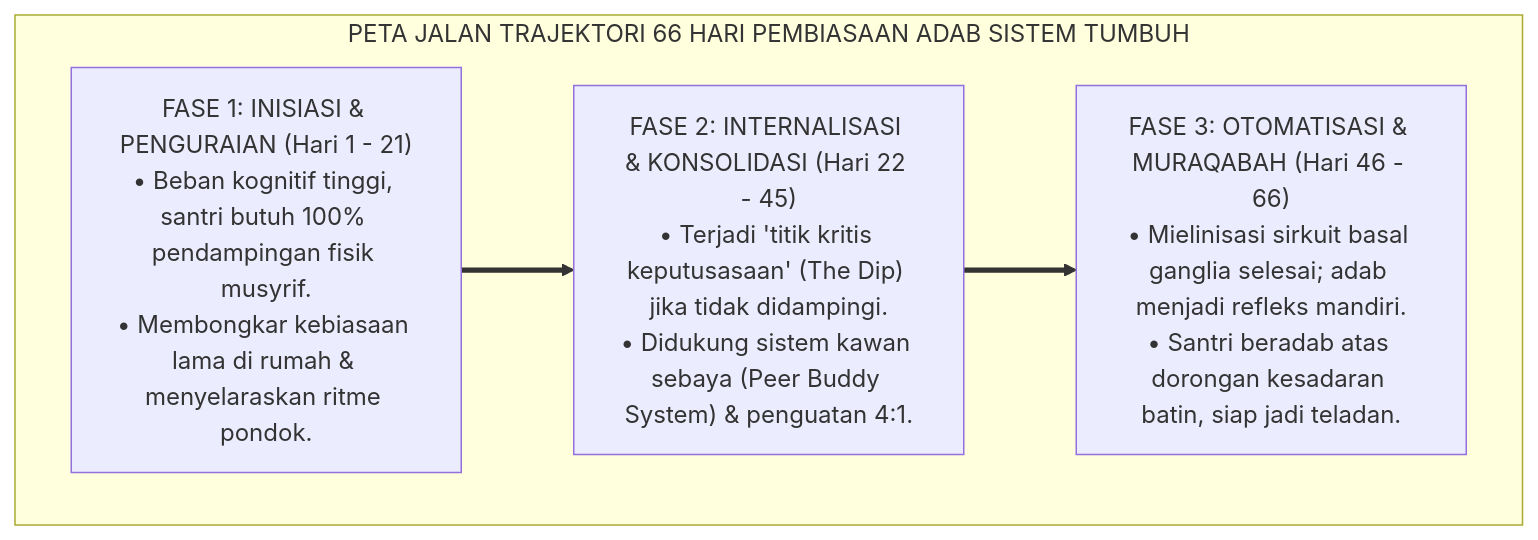
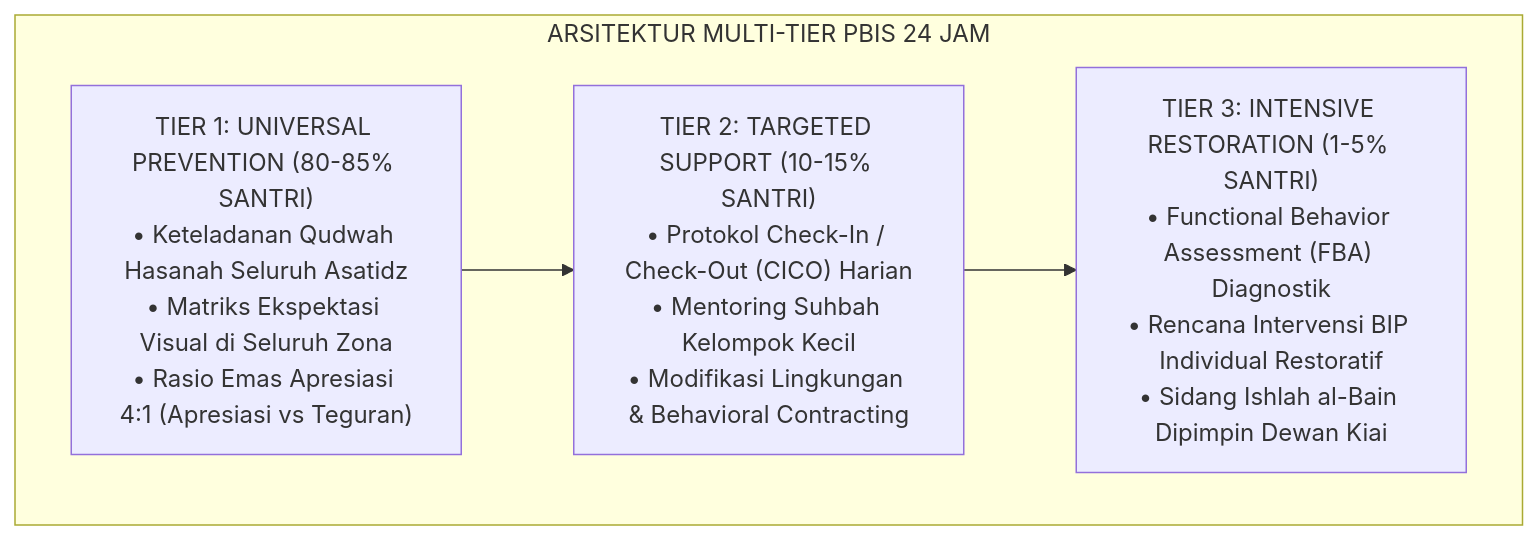
One commit to wandiapriliyandi/tumbuh changed the diagram in BOOK-SERIES/Volume-01/Bab-03-Epistemologi-Integratif-Turats-dan-Neurosains/03-Siklus-Habit-Loop-66-Hari.md. Above: the diagram before and after it, drawn with Mermaid. The commit also changed other lines of this file and 188 other files, not shown here.

````diff
--- a/BOOK-SERIES/Volume-01/Bab-03-Epistemologi-Integratif-Turats-dan-Neurosains/03-Siklus-Habit-Loop-66-Hari.md
+++ b/BOOK-SERIES/Volume-01/Bab-03-Epistemologi-Integratif-Turats-dan-Neurosains/03-Siklus-Habit-Loop-66-Hari.md
@@ -24,12 +62,12 @@
 ```mermaid
 graph TD
-    subgraph Trajektori66["PETA JALAN TRAJEKTORI 66 HARI PEMBIASAAN ADAB SISTEM TUMBUH"]
-        F1["FASE 1: INISIASI & PENGURAIAN (Hari 1 - 21)<br/>• Beban kognitif tinggi, santri butuh 100% pendampingan fisik musyrif.<br/>• Membongkar kebiasaan lama di rumah & menyelaraskan ritme pondok."]
+    subgraph MultiTier["ARSITEKTUR MULTI-TIER PBIS 24 JAM"]
+        T1["TIER 1: UNIVERSAL PREVENTION (80-85% SANTRI)<br/>• Keteladanan Qudwah Hasanah Seluruh Asatidz<br/>• Matriks Ekspektasi Visual di Seluruh Zona<br/>• Rasio Emas Apresiasi 4:1 (Apresiasi vs Teguran)"]
         
-        F2["FASE 2: INTERNALISASI & KONSOLIDASI (Hari 22 - 45)<br/>• Terjadi 'titik kritis keputusasaan' (The Dip) jika tidak didampingi.<br/>• Didukung sistem kawan sebaya (Peer Buddy System) & penguatan 4:1."]
+        T2["TIER 2: TARGETED SUPPORT (10-15% SANTRI)<br/>• Protokol Check-In / Check-Out (CICO) Harian<br/>• Mentoring Suhbah Kelompok Kecil<br/>• Modifikasi Lingkungan & Behavioral Contracting"]
         
-        F3["FASE 3: OTOMATISASI & MURAQABAH (Hari 46 - 66)<br/>• Mielinisasi sirkuit basal ganglia selesai; adab menjadi refleks mandiri.<br/>• Santri beradab atas dorongan kesadaran batin, siap jadi teladan."]
+        T3["TIER 3: INTENSIVE RESTORATION (1-5% SANTRI)<br/>• Functional Behavior Assessment (FBA) Diagnostik<br/>• Rencana Intervensi BIP Individual Restoratif<br/>• Sidang Ishlah al-Bain Dipimpin Dewan Kiai"]
         
-        F1 ==> F2 ==> F3
+        T1 --> T2 --> T3
     end
 ```
````
